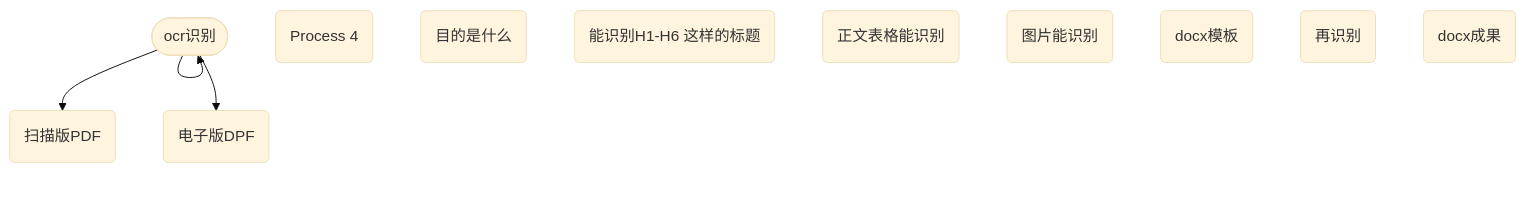
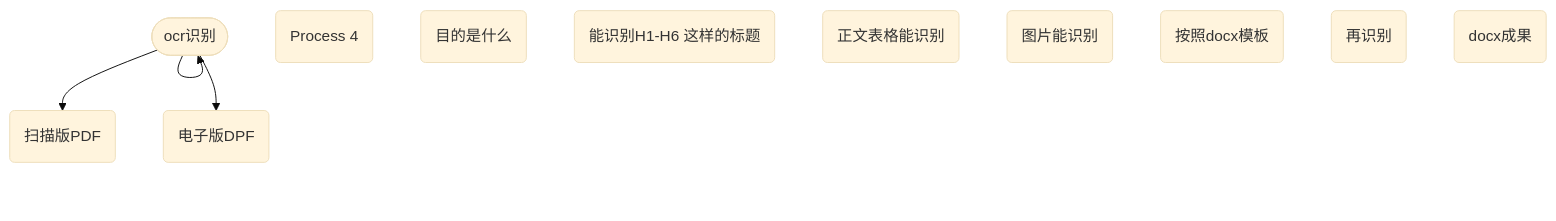
Before and after one commit to fireflysss/mermaid-notes: the diagram in notes/未命名_da3b1e9d-46b8-4fe8-a207-538027b2306b.md, drawn with Mermaid (base theme). The commit also changed 3 other files, not shown here.

Commit message:
Sync Mermaid Studio data (12 diagrams)

````diff
--- a/notes/未命名_da3b1e9d-46b8-4fe8-a207-538027b2306b.md
+++ b/notes/未命名_da3b1e9d-46b8-4fe8-a207-538027b2306b.md
@@ -3,18 +3,18 @@
 ```mermaid
 flowchart TD
   n_0(["ocr识别"])
   n_1("扫描版PDF")
   n_2("电子版DPF")
   n_3("Process 4")
   n_4("目的是什么")
   n_5("能识别H1-H6 这样的标题")
   n_6("正文表格能识别")
   n_7("图片能识别")
-  n_8("docx模板")
+  n_8("按照docx模板")
   n_9("再识别")
   n_10("docx成果")
   n_0 --> n_0
   n_0 --> n_1
   n_0 --> n_2
 
 ```
````
